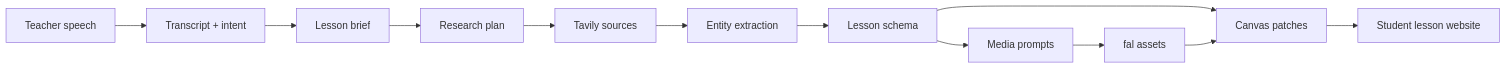
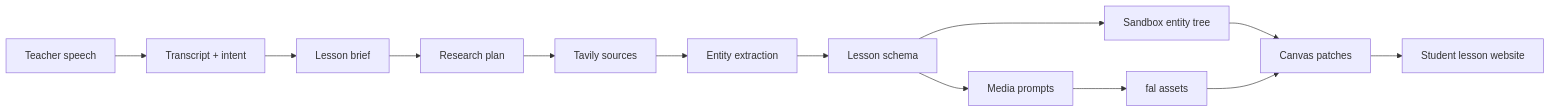
Before and after one commit to tihado/lumen: the third of 5 diagrams in docs/PROJECT.md, drawn with Mermaid. The commit also changed other lines of this file and 10 other files, not shown here.

First line of the commit message:
feat: Enhance lesson generation with improved error handling and entity extraction

````diff
--- a/docs/PROJECT.md
+++ b/docs/PROJECT.md
@@ -393,14 +396,15 @@
 ```mermaid
 flowchart LR
   A[Teacher speech] --> B[Transcript + intent]
   B --> C[Lesson brief]
   C --> D[Research plan]
   D --> E[Tavily sources]
   E --> F[Entity extraction]
   F --> G[Lesson schema]
-  G --> H[Canvas patches]
-  H --> I[Student lesson website]
-  G --> J[Media prompts]
-  J --> K[fal assets]
-  K --> H
+  G --> H[Sandbox entity tree]
+  H --> I[Canvas patches]
+  I --> J[Student lesson website]
+  G --> K[Media prompts]
+  K --> L[fal assets]
+  L --> I
 ```
````
